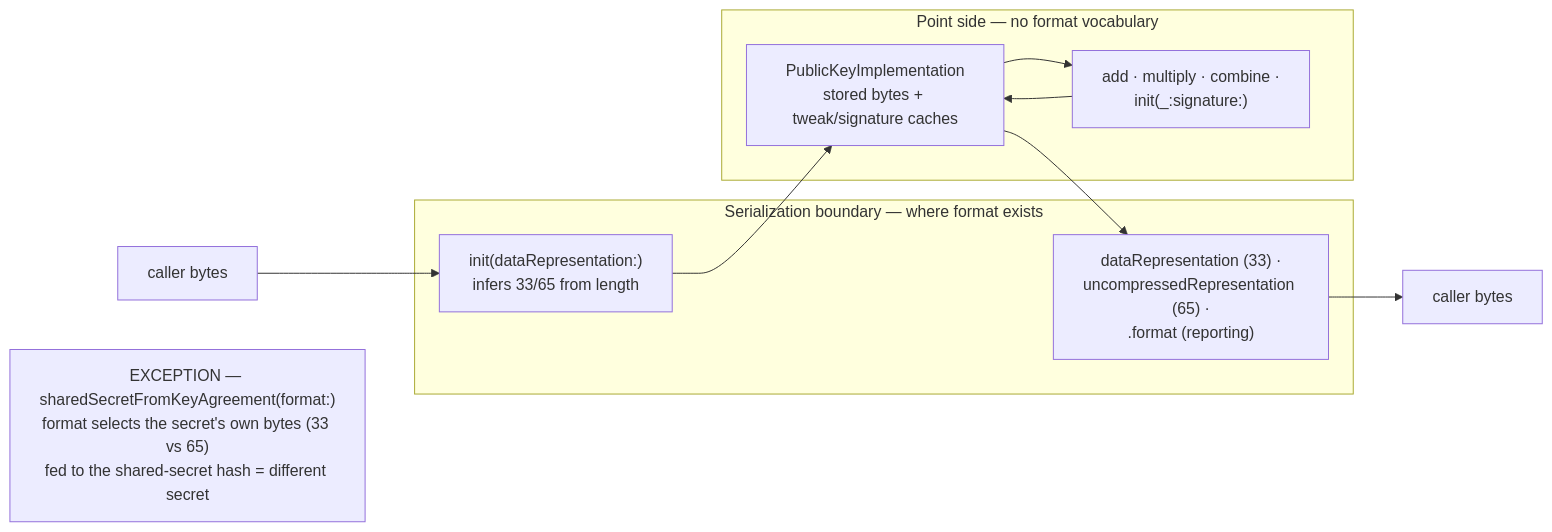
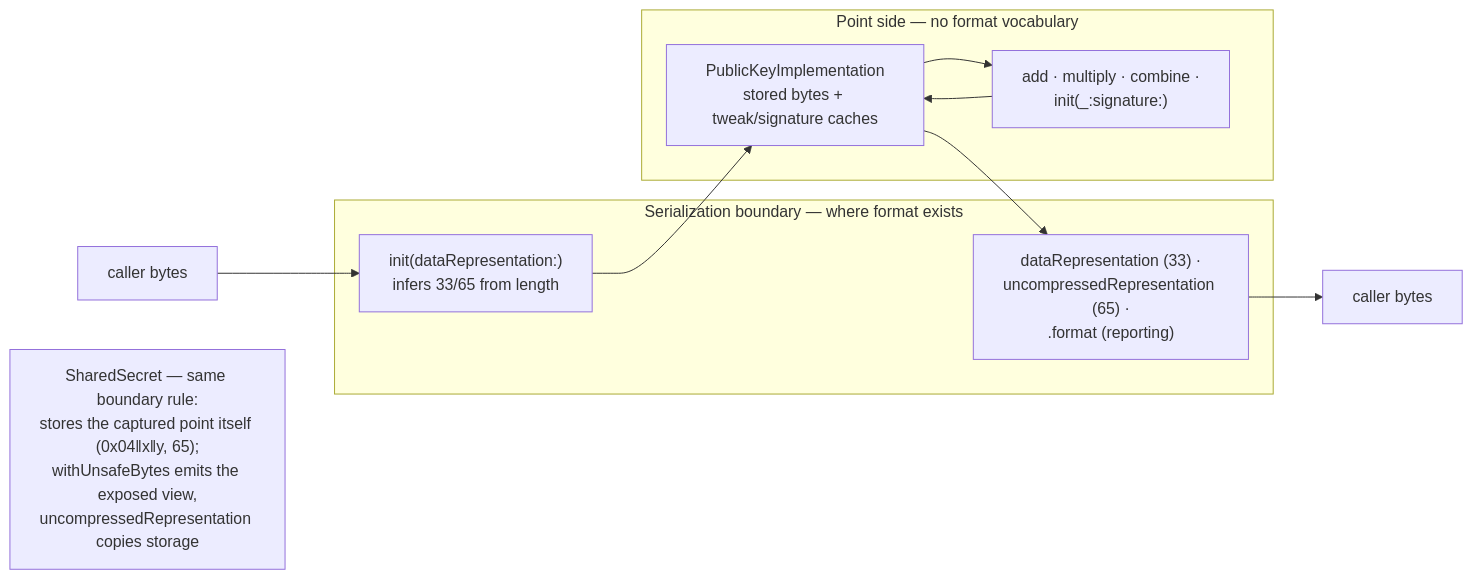
Before and after one commit to 21-DOT-DEV/swift-secp256k1: the diagram in Development/Specs/005-format-removal/plan.md, drawn with Mermaid. The commit also changed other lines of this file and 14 other files, not shown here.

First line of the commit message:
feat(P256K): Add `SharedSecret.uncompressedRepresentation`

````diff
--- a/Development/Specs/005-format-removal/plan.md
+++ b/Development/Specs/005-format-removal/plan.md
@@ -98,15 +116,15 @@
 ```mermaid
 flowchart LR
     subgraph boundary["Serialization boundary — where format exists"]
         init["init(dataRepresentation:)<br/>infers 33/65 from length"]
         read["dataRepresentation (33) ·<br/>uncompressedRepresentation (65) ·<br/>.format (reporting)"]
     end
     subgraph core["Point side — no format vocabulary"]
         impl["PublicKeyImplementation<br/>stored bytes + tweak/signature caches"]
         ops["add · multiply · combine ·<br/>init(_:signature:)"]
     end
     inBytes["caller bytes"] --> init --> impl
     impl --> ops --> impl
     impl --> read --> outBytes["caller bytes"]
-    dh["EXCEPTION — sharedSecretFromKeyAgreement(format:)<br/>format selects the secret's own bytes (33 vs 65)<br/>fed to the shared-secret hash = different secret"]
+    secret["SharedSecret — same boundary rule:<br/>stores the captured point itself (0x04‖x‖y, 65);<br/>withUnsafeBytes emits the exposed view,<br/>uncompressedRepresentation copies storage"]
 ```
````
